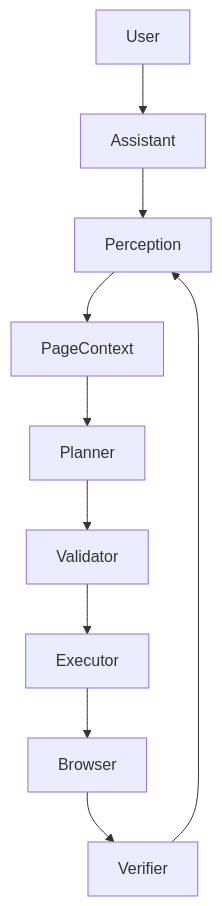
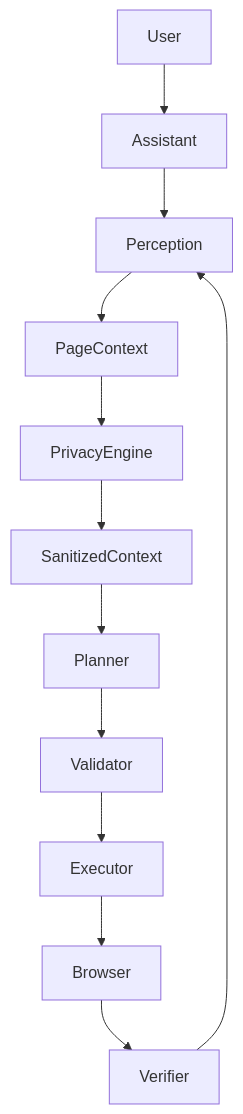
Before and after one commit to DALWADI-ARYAN-PRANAVKUMAR/SIH_26: the second of 2 diagrams in README.md, drawn with Mermaid. The commit also changed other lines of this file and 16 other files, not shown here.

````diff
--- a/README.md
+++ b/README.md
@@ -35,12 +54,14 @@
 ```mermaid
 flowchart TD
     User --> Assistant
     Assistant --> Perception
     Perception --> PageContext
-    PageContext --> Planner
+    PageContext --> PrivacyEngine
+    PrivacyEngine --> SanitizedContext
+    SanitizedContext --> Planner
     Planner --> Validator
     Validator --> Executor
     Executor --> Browser
     Browser --> Verifier
     Verifier --> Perception
 ```
````
